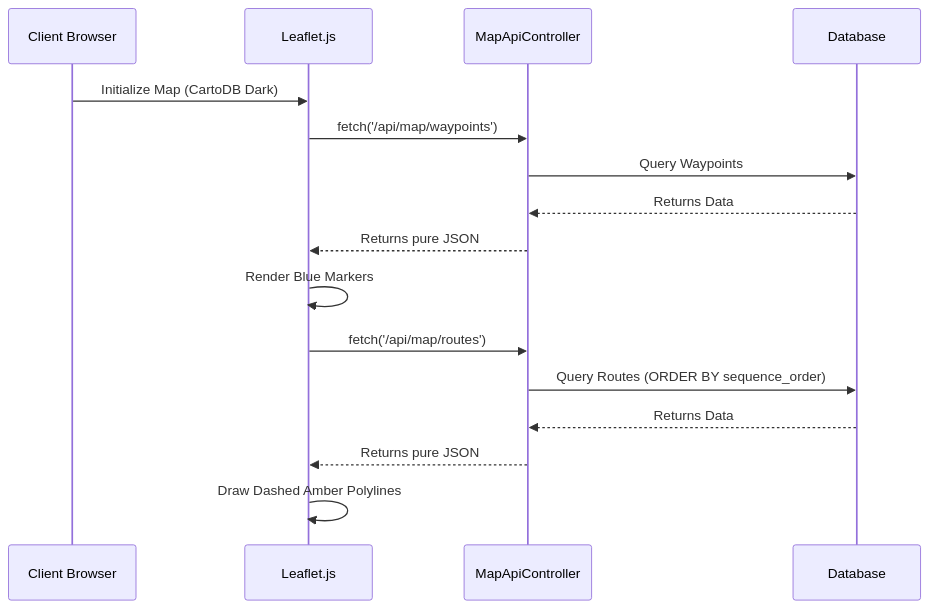
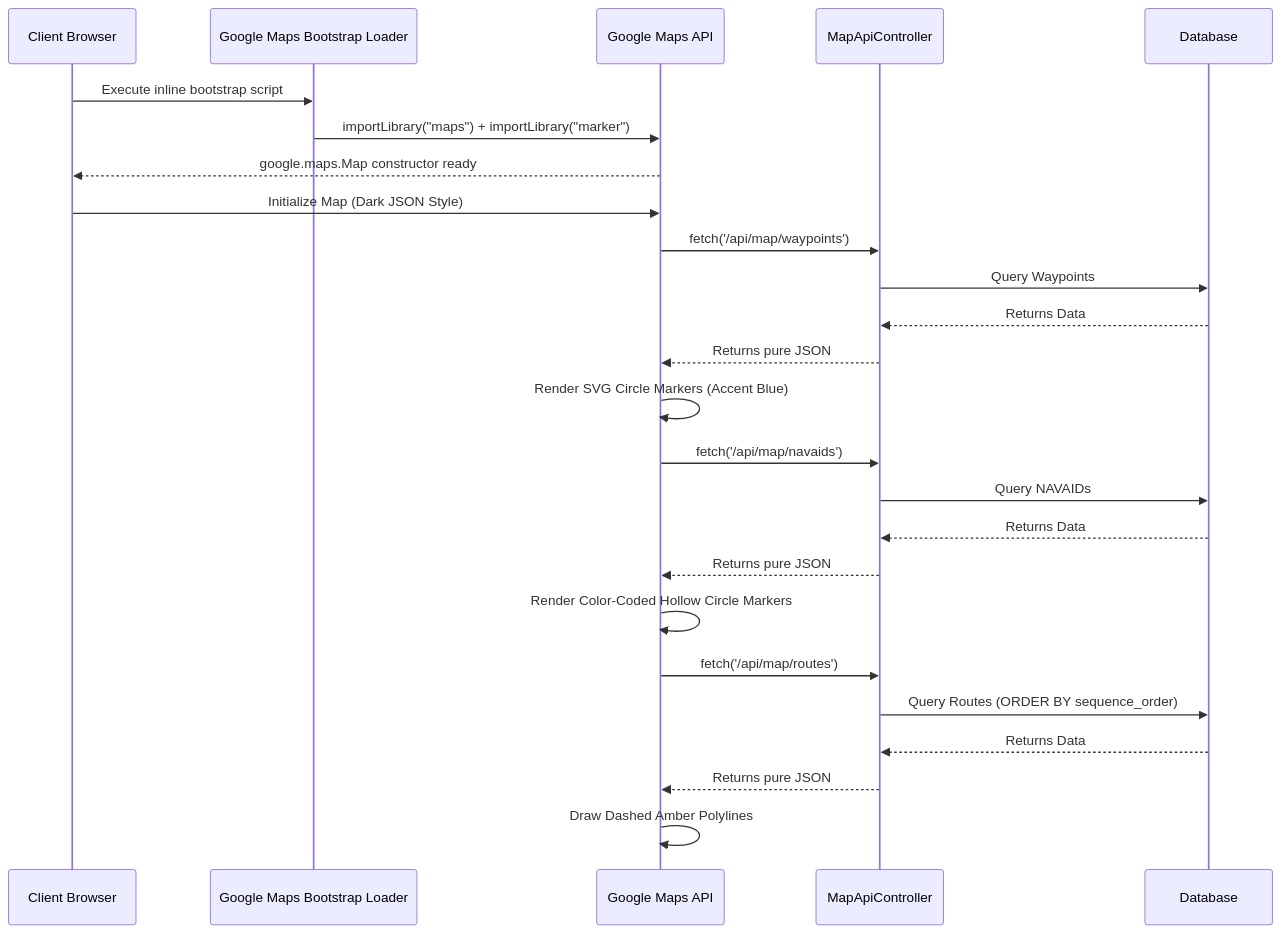
Before and after one commit to MalayShikharSoni/SkyWeave: the second of 2 diagrams in documents/04_Views_Frontend_and_Map_Integration.md, drawn with Mermaid. The commit also changed other lines of this file and 11 other files, not shown here.

Commit message:
migrated from leaflet to google maps api

````diff
--- a/documents/04_Views_Frontend_and_Map_Integration.md
+++ b/documents/04_Views_Frontend_and_Map_Integration.md
@@ -42,20 +47,31 @@
 ```mermaid
 sequenceDiagram
     participant Browser as Client Browser
-    participant Map as Leaflet.js
+    participant Loader as Google Maps Bootstrap Loader
+    participant Map as Google Maps API
     participant API as MapApiController
     participant DB as Database
     
-    Browser->>Map: Initialize Map (CartoDB Dark)
+    Browser->>Loader: Execute inline bootstrap script
+    Loader->>Map: importLibrary("maps") + importLibrary("marker")
+    Map-->>Browser: google.maps.Map constructor ready
+    Browser->>Map: Initialize Map (Dark JSON Style)
+    
     Map->>API: fetch('/api/map/waypoints')
     API->>DB: Query Waypoints
     DB-->>API: Returns Data
     API-->>Map: Returns pure JSON
-    Map->>Map: Render Blue Markers
+    Map->>Map: Render SVG Circle Markers (Accent Blue)
+    
+    Map->>API: fetch('/api/map/navaids')
+    API->>DB: Query NAVAIDs
+    DB-->>API: Returns Data
+    API-->>Map: Returns pure JSON
+    Map->>Map: Render Color-Coded Hollow Circle Markers
     
     Map->>API: fetch('/api/map/routes')
     API->>DB: Query Routes (ORDER BY sequence_order)
     DB-->>API: Returns Data
     API-->>Map: Returns pure JSON
     Map->>Map: Draw Dashed Amber Polylines
 ```
````
